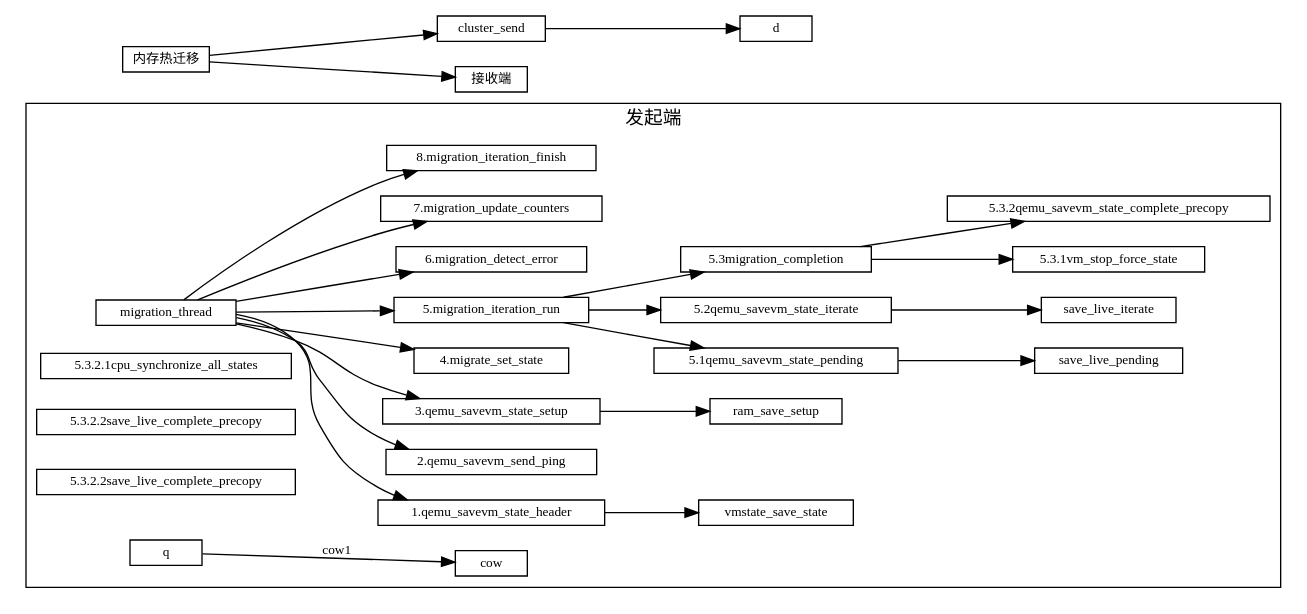
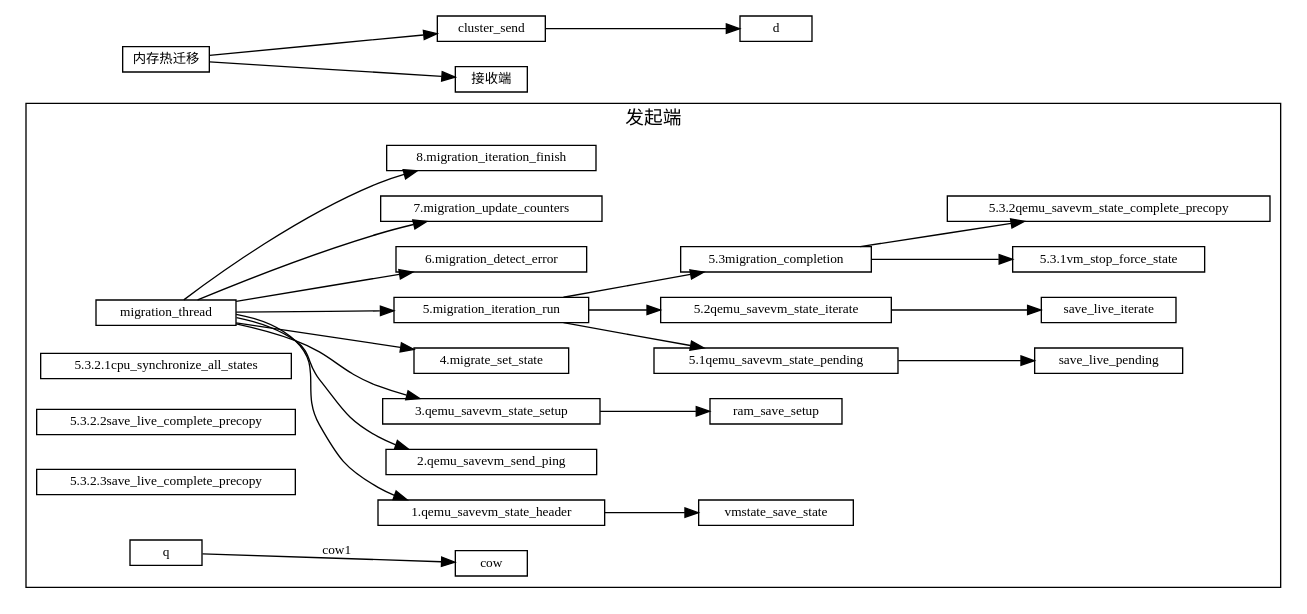
One commit to sisyphus1212/note changed the diagram in 虚拟化/热迁移/1-内存热迁移.md. Above: the diagram before and after it, drawn with Graphviz.

Commit message:
auto_update

````diff
--- a/虚拟化/热迁移/1-内存热迁移.md
+++ b/虚拟化/热迁移/1-内存热迁移.md
@@ -11,63 +11,63 @@
 ```graphviz
 digraph {
 fontname="Helvetica,Arial,sans-serif"
 //node [fontname="Helvetica,Arial,sans-serif"]
 //edge [fontname="Helvetica,Arial,sans-serif"]
 rankdir="LR"
 node [fontsize=10, shape=record, height=0.25]
 edge [fontsize=10]
   subgraph send {
     cluster=true;
     label="发起端";
     qemu_savevm_state_header[label="1.qemu_savevm_state_header"];
     qemu_savevm_send_ping[label="2.qemu_savevm_send_ping"];
     qemu_savevm_state_setup[label="3.qemu_savevm_state_setup"];
     migrate_set_state[label="4.migrate_set_state"];
     migration_iteration_run[label="5.migration_iteration_run"];
 
     migration_detect_error[label="6.migration_detect_error"];
     migration_update_counters[label="7.migration_update_counters"];
     migration_iteration_finish[label="8.migration_iteration_finish"];
 
     migration_thread -> qemu_savevm_state_header
                      -> vmstate_save_state;
     migration_thread -> qemu_savevm_send_ping;
     migration_thread -> qemu_savevm_state_setup
                      -> ram_save_setup;
     migration_thread -> migrate_set_state;
 
     qemu_savevm_state_pending[label="5.1qemu_savevm_state_pending"];
     qemu_savevm_state_iterate[label="5.2qemu_savevm_state_iterate"];
     migration_completion[label="5.3migration_completion"];
 
     vm_stop_force_state[label="5.3.1vm_stop_force_state"]
     qemu_savevm_state_complete_precopy[label="5.3.2qemu_savevm_state_complete_precopy"]
     cpu_synchronize_all_states[label="5.3.2.1cpu_synchronize_all_states"]
     save_live_complete_precopy[label="5.3.2.2save_live_complete_precopy"]
-    vmstate_save[label="5.3.2.2save_live_complete_precopy"]
+    vmstate_save[label="5.3.2.3save_live_complete_precopy"]
     migration_thread ->
          migration_iteration_run->qemu_savevm_state_pending
                                 ->save_live_pending;
          migration_iteration_run->qemu_savevm_state_iterate
                                 ->save_live_iterate;
          migration_iteration_run->
             migration_completion->vm_stop_force_state;
             migration_completion->qemu_savevm_state_complete_precopy;
 
 
     migration_thread -> migration_detect_error
     migration_thread -> migration_update_counters
     migration_thread -> migration_iteration_finish
 
 
 
     q -> cow[label="cow1"];
   }
 
 内存热迁移 [label="内存热迁移"]
 内存热迁移 -> cluster_send
            -> d
 
 内存热迁移 -> 接收端
 }
 ```
````
